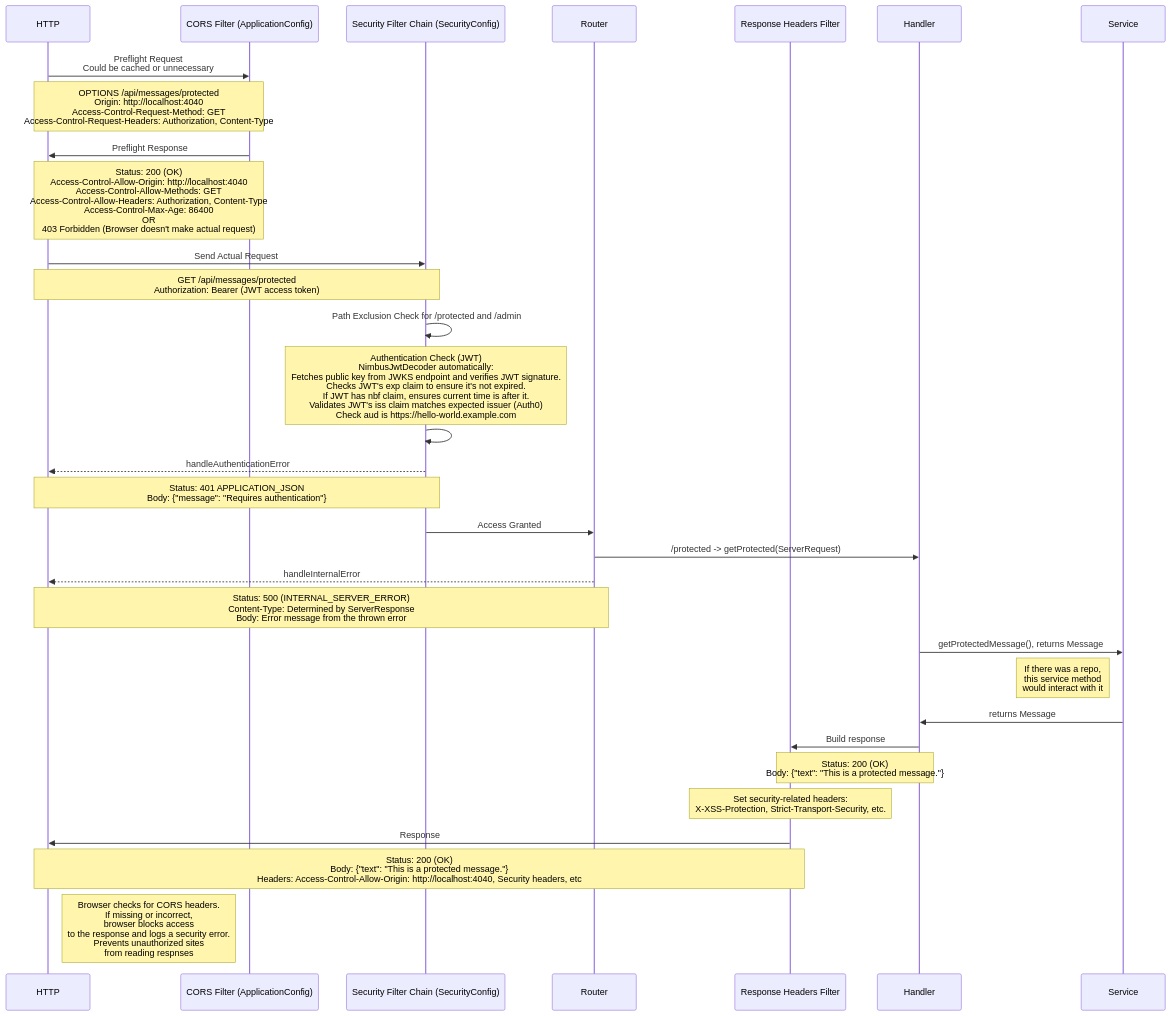
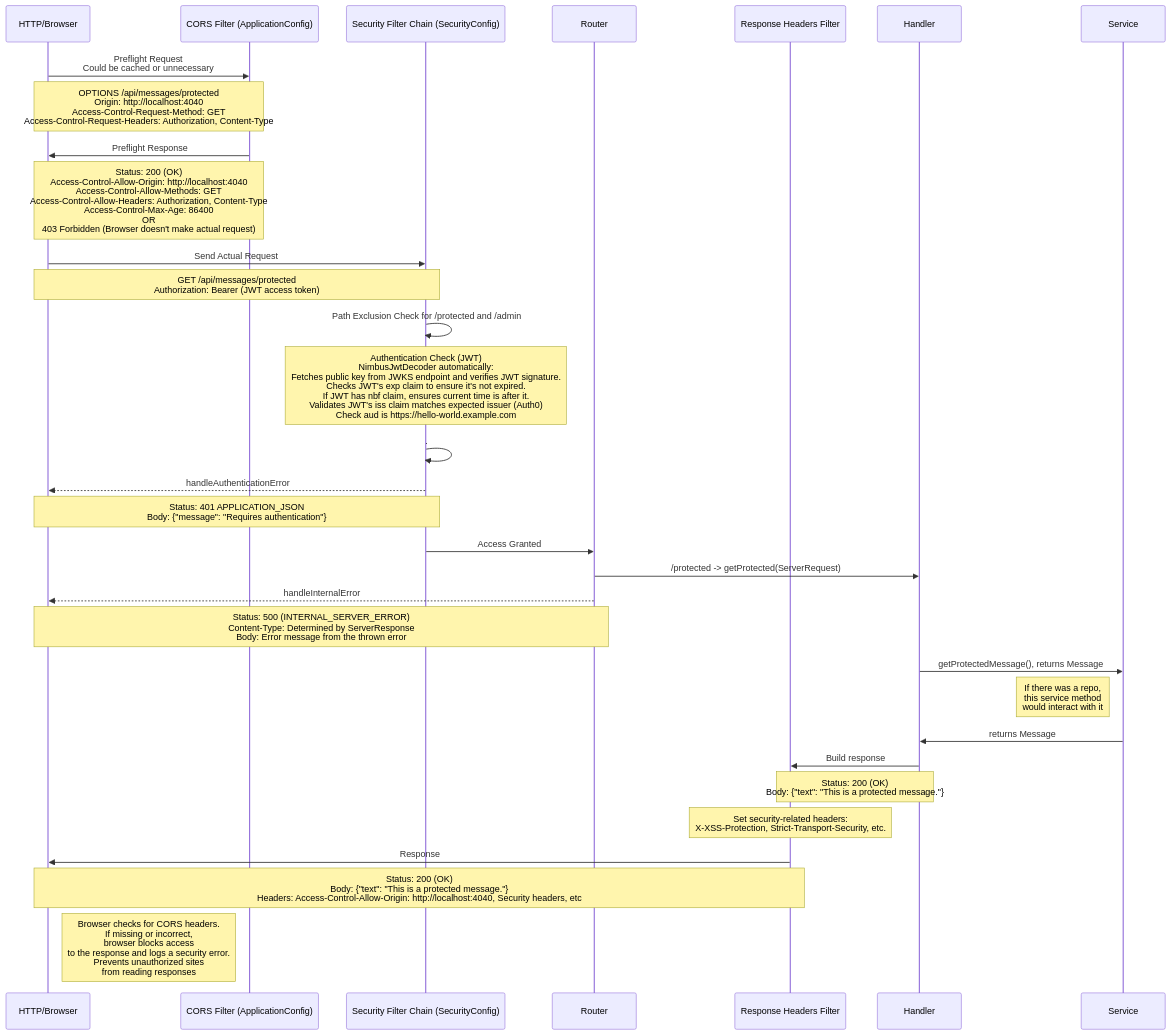
Before and after one commit to aeharriman/notes-on-auth0-java-springboot: the fifth of 5 diagrams in README.md, drawn with Mermaid.

Commit message:
Made names better on sequence

````diff
--- a/README.md
+++ b/README.md
@@ -150,42 +150,35 @@
 ```mermaid
 sequenceDiagram
-
-  participant HttpRequest as HTTP
-  participant CorsFilter as CORS Filter (ApplicationConfig)
-  participant SecurityFilterChain as Security Filter Chain (SecurityConfig)
+  participant HttpReq as HTTP/Browser
+  participant CorsF as CORS Filter (ApplicationConfig)
+  participant SecFChain as Security Filter Chain (SecurityConfig)
   participant Router as Router
-  participant ResponseHeadersFilter as Response Headers Filter
-
+  participant RespHeaders as Response Headers Filter
   participant Handler as Handler
   participant Service as Service
 
-
-HttpRequest->>CorsFilter: Preflight Request<br/> Could be cached or unnecessary
-  Note over HttpRequest,CorsFilter: OPTIONS /api/messages/protected<br/>Origin: http://localhost:4040<br/>Access-Control-Request-Method: GET<br/>Access-Control-Request-Headers: Authorization, Content-Type
-  CorsFilter->>HttpRequest: Preflight Response
-  Note over CorsFilter,HttpRequest: Status: 200 (OK)<br/>Access-Control-Allow-Origin: http://localhost:4040<br/>Access-Control-Allow-Methods: GET<br/>Access-Control-Allow-Headers: Authorization, Content-Type<br/>Access-Control-Max-Age: 86400<br/>OR <br/>403 Forbidden (Browser doesn't make actual request)
-  HttpRequest->>SecurityFilterChain: Send Actual Request
-  Note over HttpRequest,SecurityFilterChain: GET /api/messages/protected<br/>Authorization: Bearer (JWT access token)
-  SecurityFilterChain->>SecurityFilterChain: Path Exclusion Check for /protected and /admin
-  Note over SecurityFilterChain: Authentication Check (JWT)<br/>NimbusJwtDecoder automatically:<br/>Fetches public key from JWKS endpoint and verifies JWT signature.<br/>Checks JWT's exp claim to ensure it's not expired.<br/>If JWT has nbf claim, ensures current time is after it.<br/>Validates JWT's iss claim matches expected issuer (Auth0)<br/>Check aud is https://hello-world.example.com
-  SecurityFilterChain->>SecurityFilterChain: 
-  SecurityFilterChain-->>HttpRequest: handleAuthenticationError
-  Note over HttpRequest,SecurityFilterChain: Status: 401  APPLICATION_JSON<br/>Body: {"message": "Requires authentication"}
-  SecurityFilterChain->>Router: Access Granted
+  HttpReq->>CorsF: Preflight Request<br/> Could be cached or unnecessary
+  Note over HttpReq,CorsF: OPTIONS /api/messages/protected<br/>Origin: http://localhost:4040<br/>Access-Control-Request-Method: GET<br/>Access-Control-Request-Headers: Authorization, Content-Type
+  CorsF->>HttpReq: Preflight Response
+  Note over CorsF,HttpReq: Status: 200 (OK)<br/>Access-Control-Allow-Origin: http://localhost:4040<br/>Access-Control-Allow-Methods: GET<br/>Access-Control-Allow-Headers: Authorization, Content-Type<br/>Access-Control-Max-Age: 86400<br/>OR <br/>403 Forbidden (Browser doesn't make actual request)
+  HttpReq->>SecFChain: Send Actual Request
+  Note over HttpReq,SecFChain: GET /api/messages/protected<br/>Authorization: Bearer (JWT access token)
+  SecFChain->>SecFChain: Path Exclusion Check for /protected and /admin
+  Note over SecFChain: Authentication Check (JWT)<br/>NimbusJwtDecoder automatically:<br/>Fetches public key from JWKS endpoint and verifies JWT signature.<br/>Checks JWT's exp claim to ensure it's not expired.<br/>If JWT has nbf claim, ensures current time is after it.<br/>Validates JWT's iss claim matches expected issuer (Auth0)<br/>Check aud is https://hello-world.example.com
+  SecFChain->>SecFChain: .
+  SecFChain-->>HttpReq: handleAuthenticationError
+  Note over HttpReq,SecFChain: Status: 401  APPLICATION_JSON<br/>Body: {"message": "Requires authentication"}
+  SecFChain->>Router: Access Granted
   Router->>Handler: /protected -> getProtected(ServerRequest)
-  Router-->>HttpRequest: handleInternalError
-  Note over HttpRequest,Router: Status: 500 (INTERNAL_SERVER_ERROR)<br/>Content-Type: Determined by ServerResponse<br/>Body: Error message from the thrown error
-
+  Router-->>HttpReq: handleInternalError
+  Note over HttpReq,Router: Status: 500 (INTERNAL_SERVER_ERROR)<br/>Content-Type: Determined by ServerResponse<br/>Body: Error message from the thrown error
   Handler->>Service: getProtectedMessage(), returns Message
   Note left of Service: If there was a repo,<br/>this service method<br/>would interact with it
   Service->>Handler: returns Message
-Handler->>ResponseHeadersFilter: Build response
-Note over Handler, ResponseHeadersFilter: Status: 200 (OK)<br/>Body: {"text": "This is a protected message."}
-
-Note over ResponseHeadersFilter: Set security-related headers: <br/>X-XSS-Protection, Strict-Transport-Security, etc.
-ResponseHeadersFilter->>HttpRequest: Response
-Note over HttpRequest, ResponseHeadersFilter: Status: 200 (OK)<br/>Body: {"text": "This is a protected message."}<br/>Headers: Access-Control-Allow-Origin: http://localhost:4040, Security headers, etc
-
-Note right of HttpRequest: Browser checks for CORS headers.<br/> If missing or incorrect,<br/> browser blocks access<br/> to the response and logs a security error.<br/>Prevents unauthorized sites<br/> from reading respnses
-
+  Handler->>RespHeaders: Build response
+  Note over Handler, RespHeaders: Status: 200 (OK)<br/>Body: {"text": "This is a protected message."}
+  Note over RespHeaders: Set security-related headers: <br/>X-XSS-Protection, Strict-Transport-Security, etc.
+  RespHeaders->>HttpReq: Response
+  Note over HttpReq, RespHeaders: Status: 200 (OK)<br/>Body: {"text": "This is a protected message."}<br/>Headers: Access-Control-Allow-Origin: http://localhost:4040, Security headers, etc
+  Note right of HttpReq: Browser checks for CORS headers.<br/> If missing or incorrect,<br/> browser blocks access<br/> to the response and logs a security error.<br/>Prevents unauthorized sites<br/> from reading responses
 ```
````
